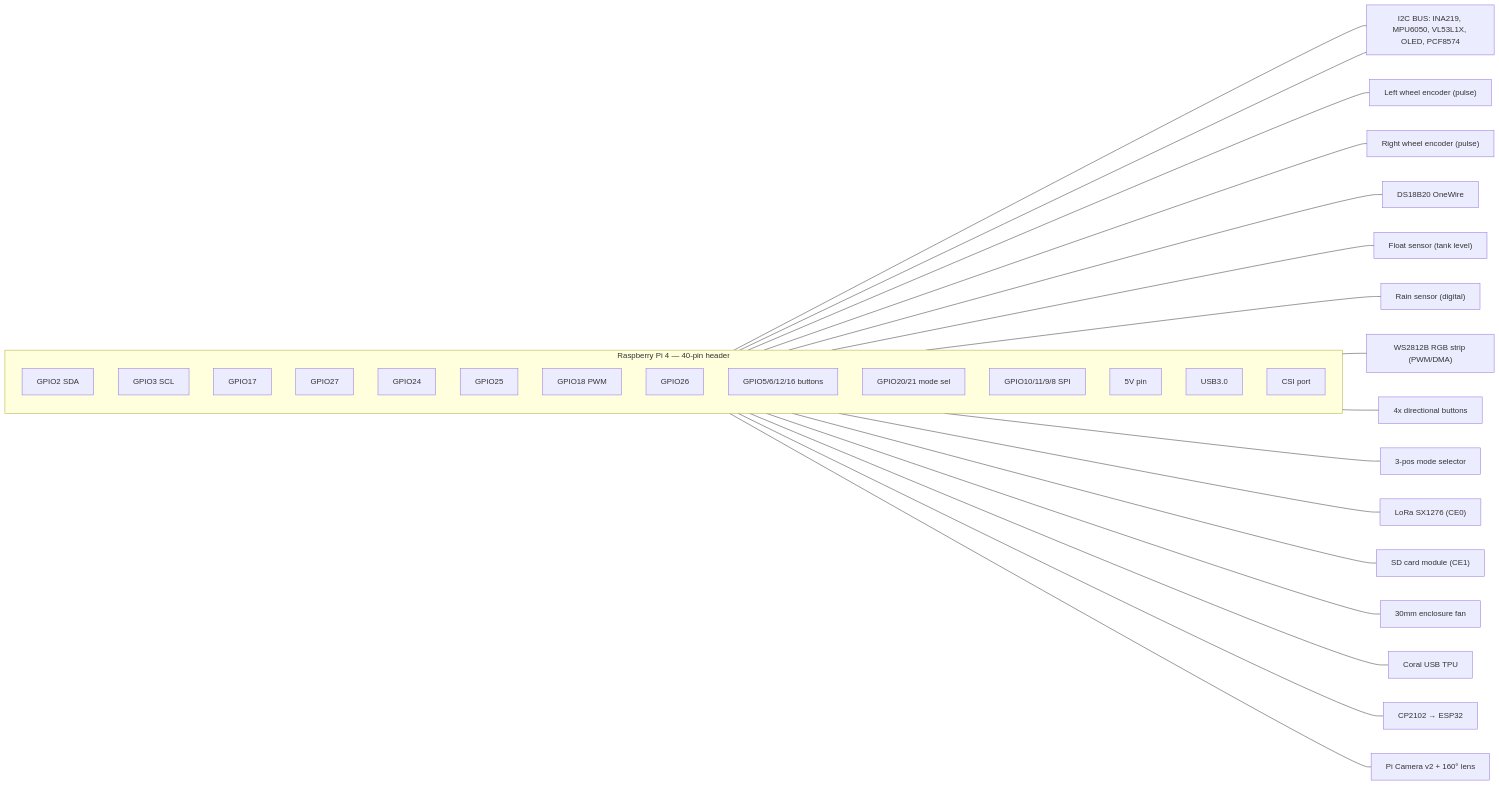
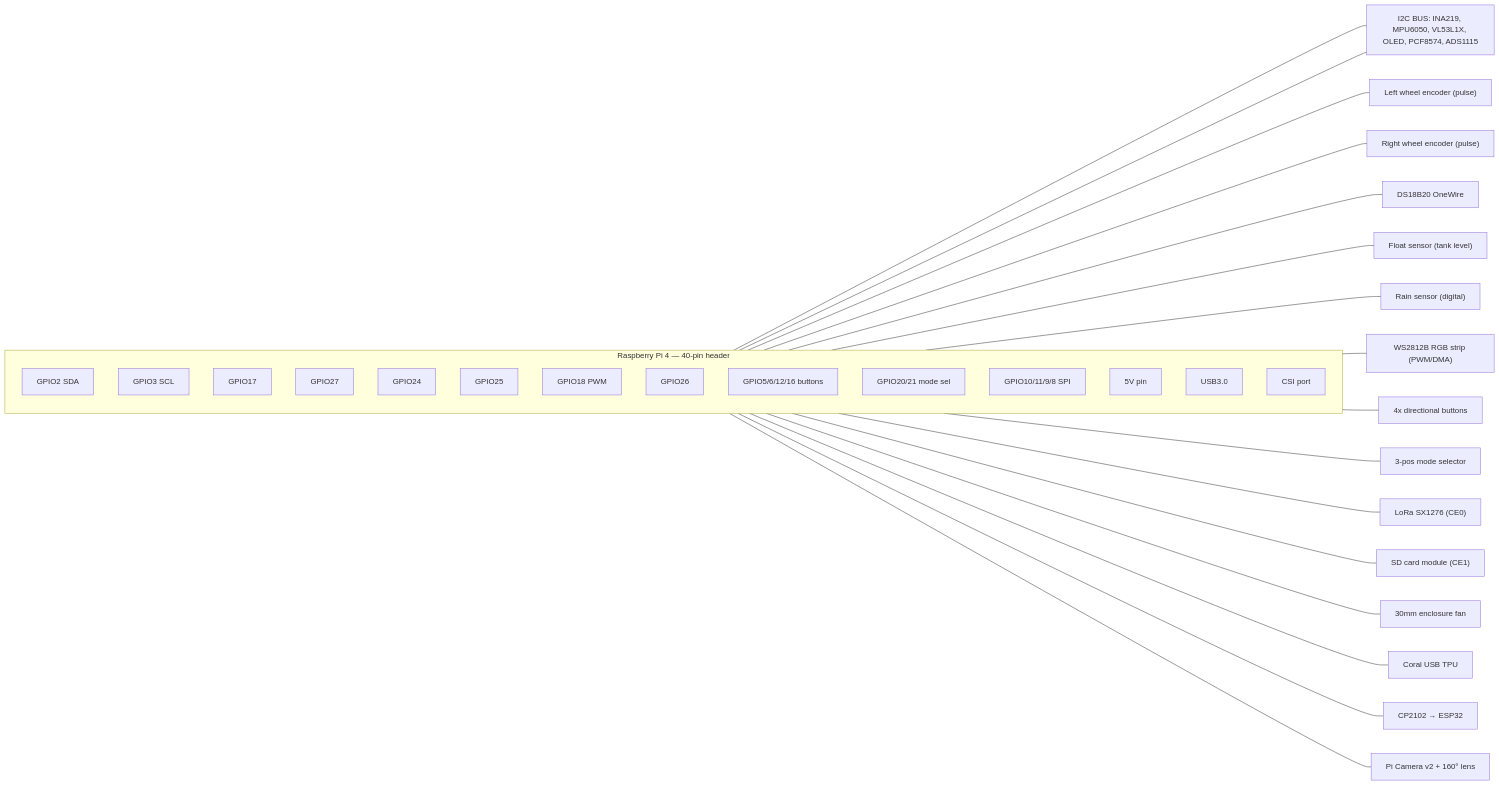
The third of 3 diagrams in docs/circuit-diagram.md (aman123825/agrobot), drawn with Mermaid before and after one commit. The commit also changed other lines of this file and 38 other files, not shown here.

````diff
--- a/docs/circuit-diagram.md
+++ b/docs/circuit-diagram.md
@@ -208,28 +210,28 @@
 ```mermaid
 flowchart LR
     subgraph PI["Raspberry Pi 4 — 40-pin header"]
         direction TB
         G2["GPIO2 SDA"]; G3["GPIO3 SCL"]
         G17["GPIO17"]; G27["GPIO27"]; G24["GPIO24"]; G25["GPIO25"]
         G18["GPIO18 PWM"]; G26["GPIO26"]
         G56["GPIO5/6/12/16 buttons"]; G2021["GPIO20/21 mode sel"]
         SPI["GPIO10/11/9/8 SPI"]
         FIVEV["5V pin"]; USB["USB3.0"]; CSI["CSI port"]
     end
-    G2 --- I2C["I2C BUS: INA219, MPU6050, VL53L1X, OLED, PCF8574"]
+    G2 --- I2C["I2C BUS: INA219, MPU6050, VL53L1X, OLED, PCF8574, ADS1115"]
     G3 --- I2C
     G17 --- ENC["Left wheel encoder (pulse)"]
     G27 --- ENCB["Right wheel encoder (pulse)"]
     G24 --- DS18["DS18B20 OneWire"]
     G25 --- FLT["Float sensor (tank level)"]
     G26 --- RAIN["Rain sensor (digital)"]
     G18 --- WS["WS2812B RGB strip (PWM/DMA)"]
     G56 --- BTN["4x directional buttons"]
     G2021 --- MODE["3-pos mode selector"]
     SPI --- LORA["LoRa SX1276 (CE0)"]
     SPI --- SDM["SD card module (CE1)"]
     FIVEV --- FAN["30mm enclosure fan"]
     USB --- CORAL["Coral USB TPU"]
     USB --- CP["CP2102 → ESP32"]
     CSI --- CAM["Pi Camera v2 + 160° lens"]
 ```
````
